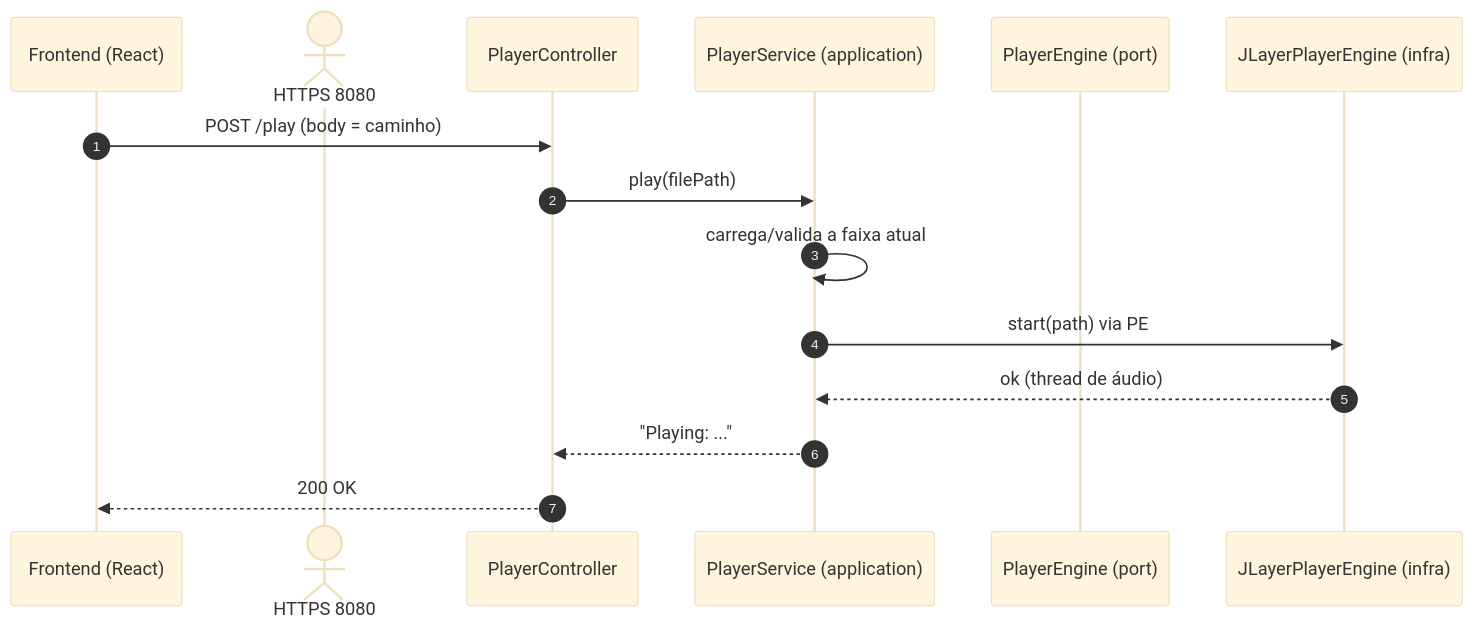
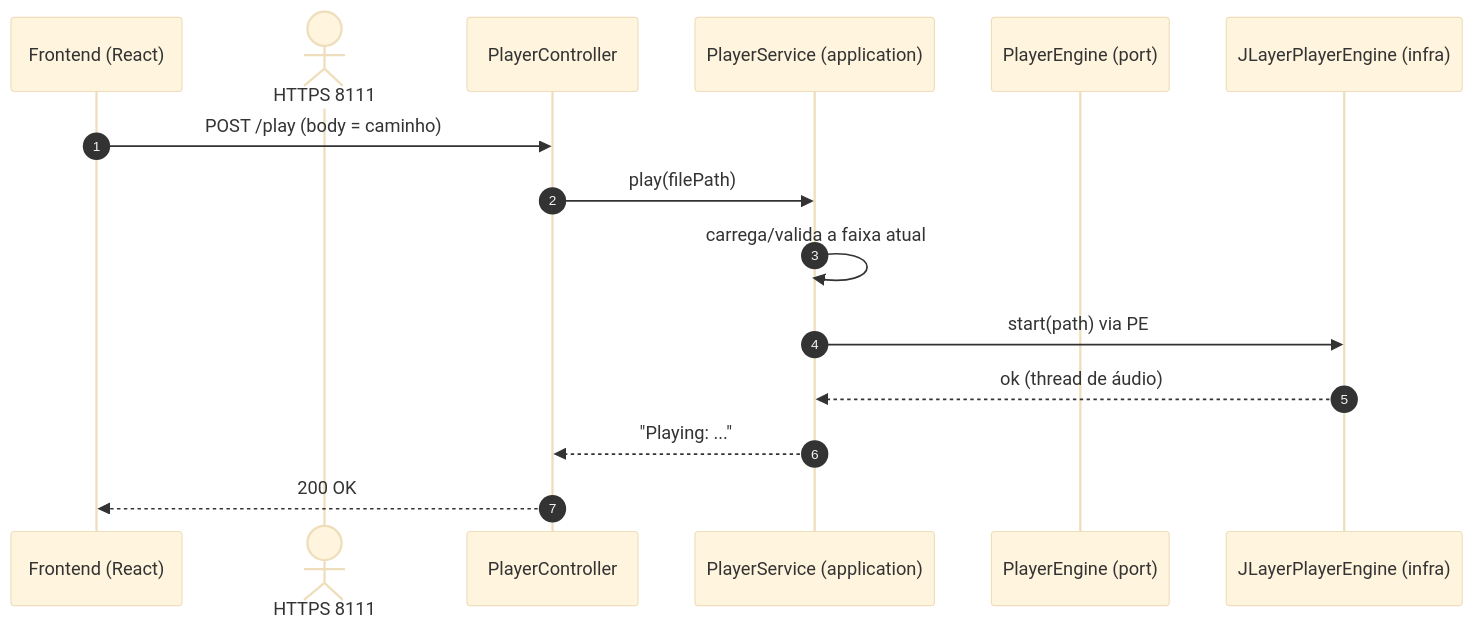
Before and after one commit to jpontesmartins/mp3-player: the third of 7 diagrams in docs/architecture.md, drawn with Mermaid (base theme). The commit also changed 42 other files, not shown here.

````diff
--- a/docs/architecture.md
+++ b/docs/architecture.md
@@ -121,18 +121,18 @@
 ```mermaid
 sequenceDiagram
     autonumber
     participant FE as Frontend (React)
-    actor Msg as HTTPS 8080
+    actor Msg as HTTPS 8111
     participant C as PlayerController
     participant PS as PlayerService (application)
     participant PE as PlayerEngine (port)
     participant J as JLayerPlayerEngine (infra)
 
     FE->>C: POST /play (body = caminho)
     C->>PS: play(filePath)
     PS->>PS: carrega/valida a faixa atual
     PS->>J: start(path) via PE
     J-->>PS: ok (thread de áudio)
     PS-->>C: "Playing: ..."
     C-->>FE: 200 OK
 ```
````
